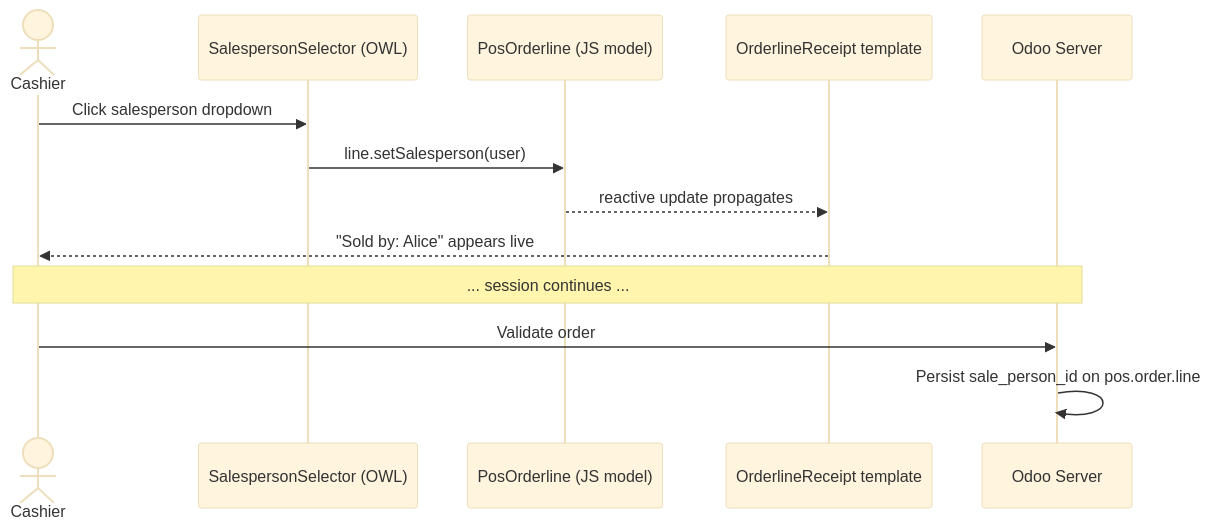
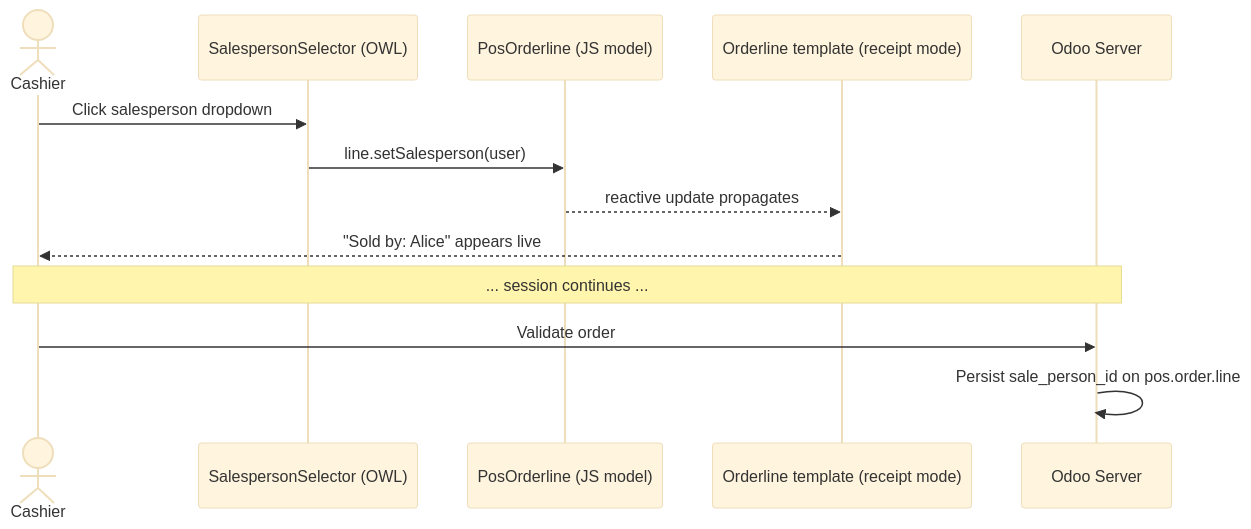
One commit to TasneemRizk/odoo-portfolio changed the second of 2 diagrams in case-studies/01-pos-salesperson-tracking/architecture.md. Above: the diagram before and after it, drawn with Mermaid (base theme). The commit also changed other lines of this file and 18 other files, not shown here.

Commit message:
Add real screenshots for cases 01-03 and fix stale claims (missing GIFs, removed receipt template, Postman docs)

````diff
--- a/case-studies/01-pos-salesperson-tracking/architecture.md
+++ b/case-studies/01-pos-salesperson-tracking/architecture.md
@@ -39,16 +39,16 @@
 ```mermaid
 sequenceDiagram
     actor Cashier
     participant Selector as SalespersonSelector (OWL)
     participant Line as PosOrderline (JS model)
-    participant Receipt as OrderlineReceipt template
+    participant Receipt as Orderline template (receipt mode)
     participant Server as Odoo Server
 
     Cashier->>Selector: Click salesperson dropdown
     Selector->>Line: line.setSalesperson(user)
     Line-->>Receipt: reactive update propagates
     Receipt-->>Cashier: "Sold by: Alice" appears live
     Note over Cashier,Server: ... session continues ...
     Cashier->>Server: Validate order
     Server->>Server: Persist sale_person_id on pos.order.line
 ```
````
